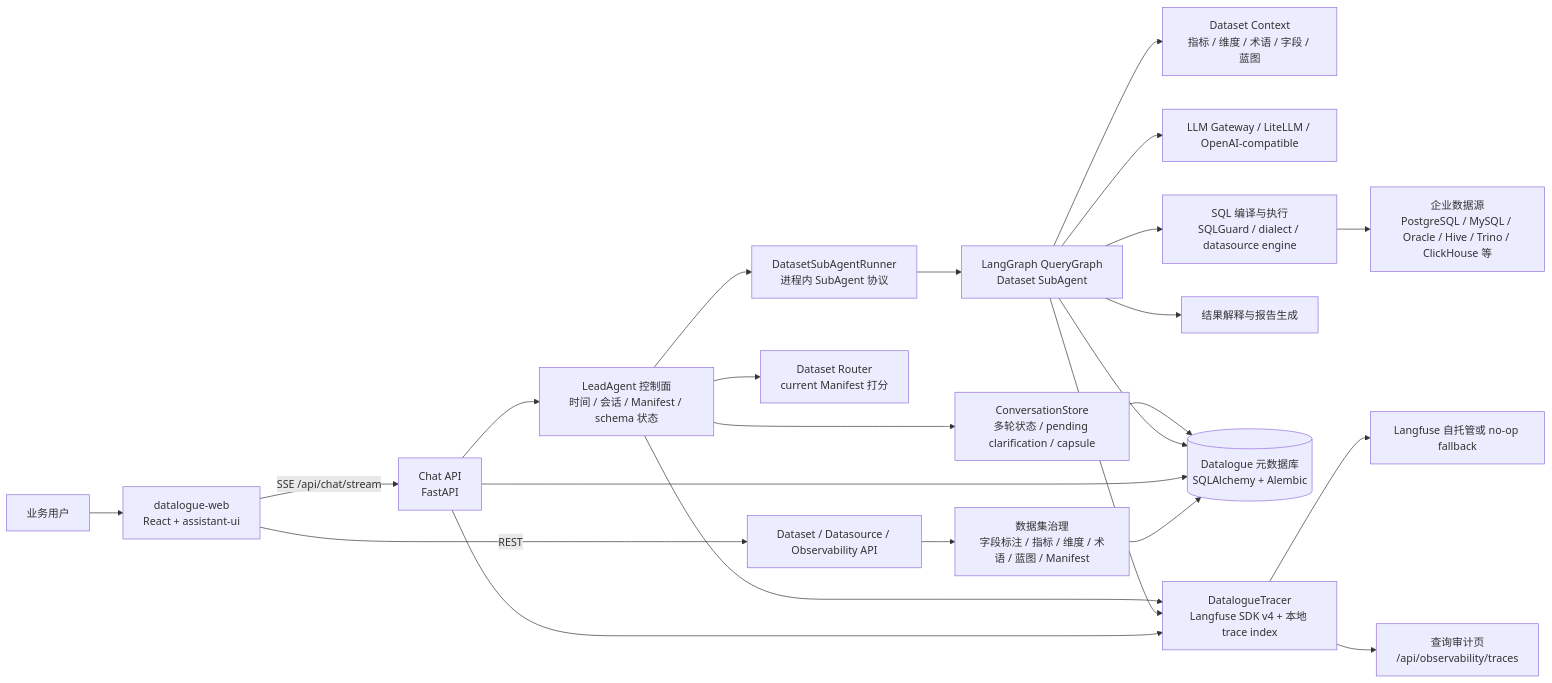
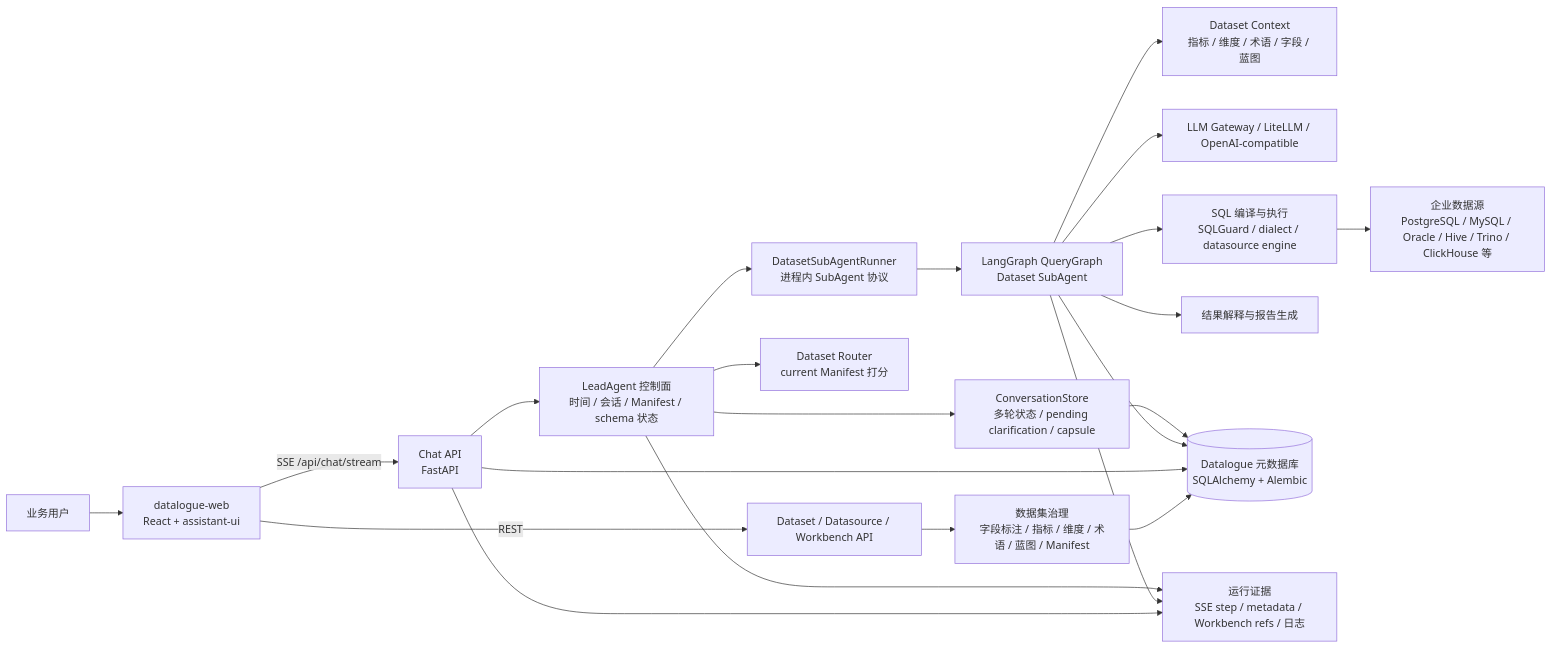
The first of 10 diagrams in docs/数语系统设计方案.md (YoungKing1212/datalogue), drawn with Mermaid before and after one commit. The commit also changed other lines of this file and 49 other files, not shown here.

````diff
--- a/docs/数语系统设计方案.md
+++ b/docs/数语系统设计方案.md
@@ -37,30 +37,28 @@
 ```mermaid
 flowchart LR
   U["业务用户"] --> WEB["datalogue-web\nReact + assistant-ui"]
   WEB -->|SSE /api/chat/stream| CHAT["Chat API\nFastAPI"]
-  WEB -->|REST| DATASET_API["Dataset / Datasource / Observability API"]
+  WEB -->|REST| DATASET_API["Dataset / Datasource / Workbench API"]
 
   CHAT --> LEAD["LeadAgent 控制面\n时间 / 会话 / Manifest / schema 状态"]
   LEAD --> ROUTER["Dataset Router\ncurrent Manifest 打分"]
   LEAD --> STORE["ConversationStore\n多轮状态 / pending clarification / capsule"]
   LEAD --> RUNNER["DatasetSubAgentRunner\n进程内 SubAgent 协议"]
 
   RUNNER --> GRAPH["LangGraph QueryGraph\nDataset SubAgent"]
   GRAPH --> CTX["Dataset Context\n指标 / 维度 / 术语 / 字段 / 蓝图"]
   GRAPH --> LLM["LLM Gateway / LiteLLM / OpenAI-compatible"]
   GRAPH --> SQL["SQL 编译与执行\nSQLGuard / dialect / datasource engine"]
   SQL --> DS["企业数据源\nPostgreSQL / MySQL / Oracle / Hive / Trino / ClickHouse 等"]
   GRAPH --> REPORT["结果解释与报告生成"]
 
   DATASET_API --> GOV["数据集治理\n字段标注 / 指标 / 维度 / 术语 / 蓝图 / Manifest"]
   GOV --> DB[("Datalogue 元数据库\nSQLAlchemy + Alembic")]
   CHAT --> DB
   GRAPH --> DB
   STORE --> DB
 
-  CHAT --> OBS["DatalogueTracer\nLangfuse SDK v4 + 本地 trace index"]
-  GRAPH --> OBS
-  LEAD --> OBS
-  OBS --> LF["Langfuse 自托管或 no-op fallback"]
-  OBS --> AUDIT["查询审计页\n/api/observability/traces"]
+  CHAT --> EVIDENCE["运行证据\nSSE step / metadata / Workbench refs / 日志"]
+  GRAPH --> EVIDENCE
+  LEAD --> EVIDENCE
 ```
````
